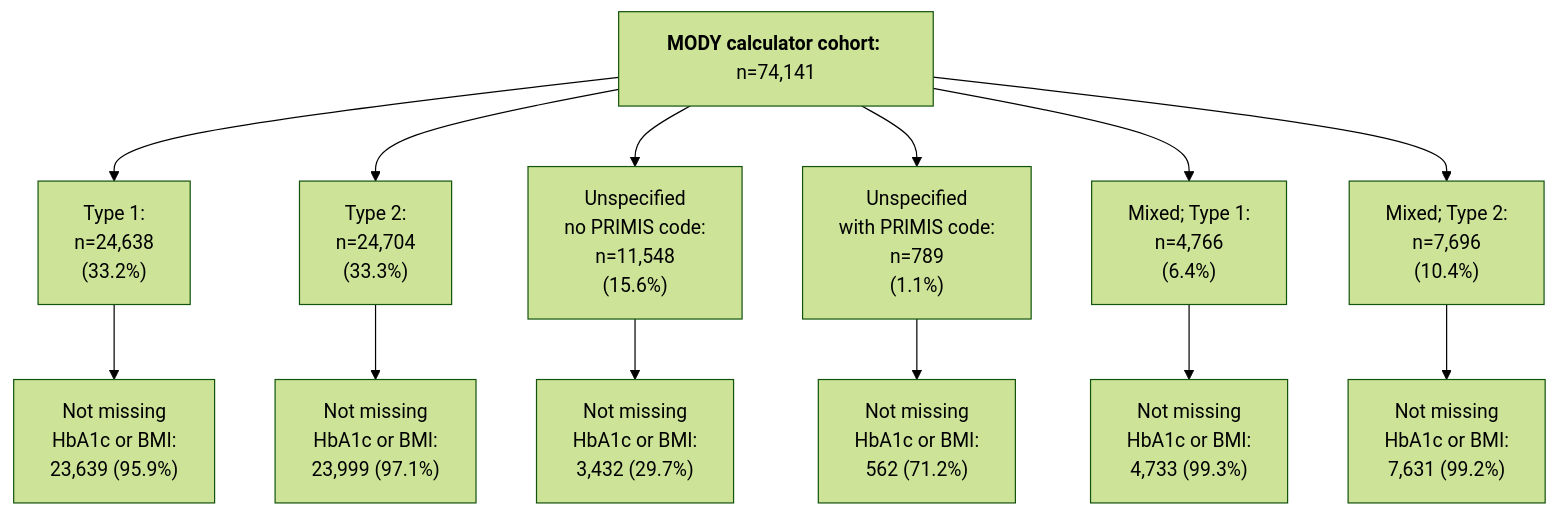
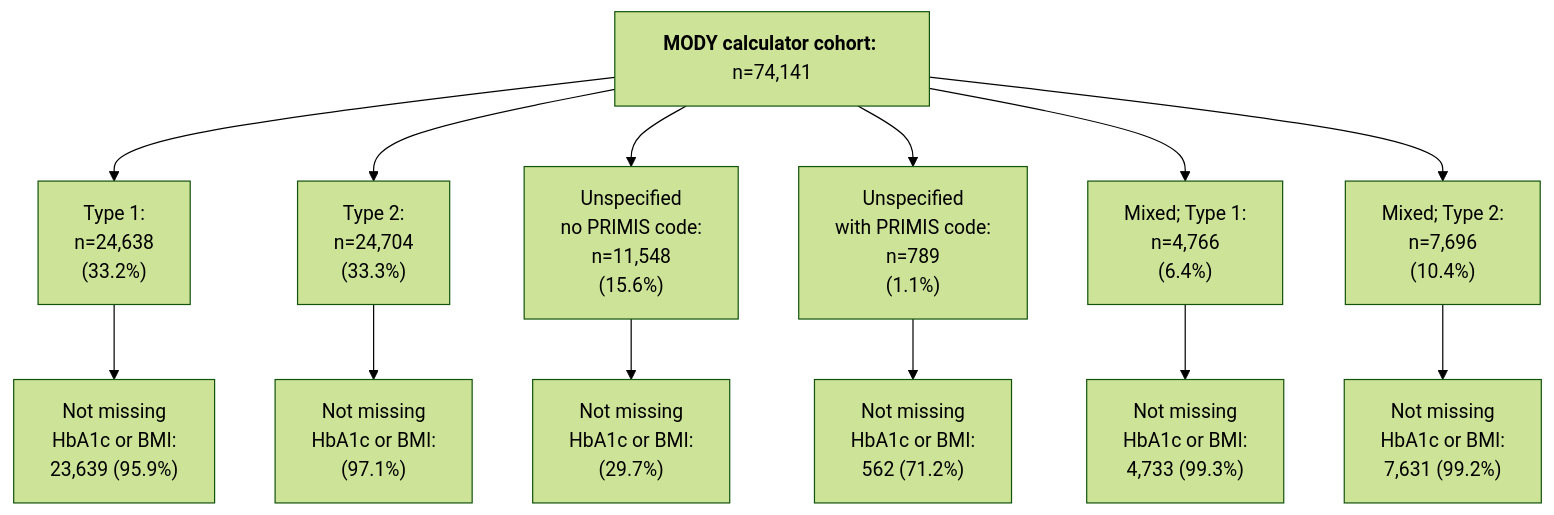
The third of 4 diagrams in README.md (Exeter-Diabetes/CPRD-Katie-DePICtion-Scripts), drawn with Mermaid (forest theme) before and after one commit. The commit also changed other lines of this file, not shown here.

````diff
--- a/README.md
+++ b/README.md
@@ -90,15 +89,15 @@
 ```mermaid
 graph TD;
     G["<b>MODY calculator cohort:</b> n=74,141"] --> H["Type 1:<br>n=24,638<br>(33.2%)"]
     G --> I["Type 2:<br>n=24,704<br>(33.3%)"]
     G --> J["Unspecified<br>no PRIMIS code:<br>n=11,548<br>(15.6%)"]
     G --> K["Unspecified<br>with PRIMIS code: <br>n=789<br>(1.1%)"]
     G --> L["Mixed; Type 1:<br>n=4,766<br>(6.4%)"]
     G --> M["Mixed; Type 2:<br>n=7,696<br>(10.4%)"]
     H --> N["Not missing<br>HbA1c or BMI:<br>23,639 (95.9%)"]
-    I --> O["Not missing<br>HbA1c or BMI:<br>23,999 (97.1%)"]
-    J --> P["Not missing<br>HbA1c or BMI:<br>3,432 (29.7%)"]
+    I --> O["Not missing<br>HbA1c or BMI:<br> (97.1%)"]
+    J --> P["Not missing<br>HbA1c or BMI:<br> (29.7%)"]
     K --> Q["Not missing<br>HbA1c or BMI:<br>562 (71.2%)"]
     L --> R["Not missing<br>HbA1c or BMI:<br>4,733 (99.3%)"]
     M --> S["Not missing<br>HbA1c or BMI:<br>7,631 (99.2%)"]
 ```
````
